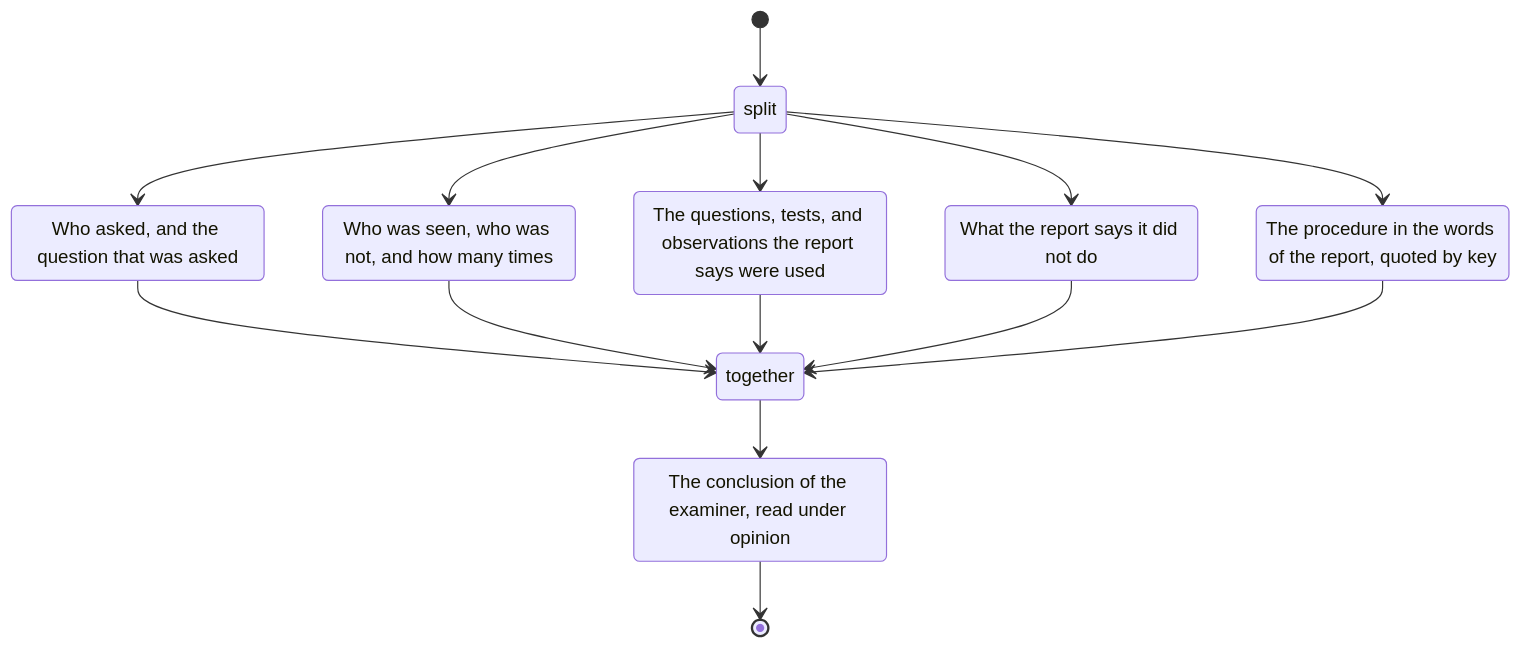
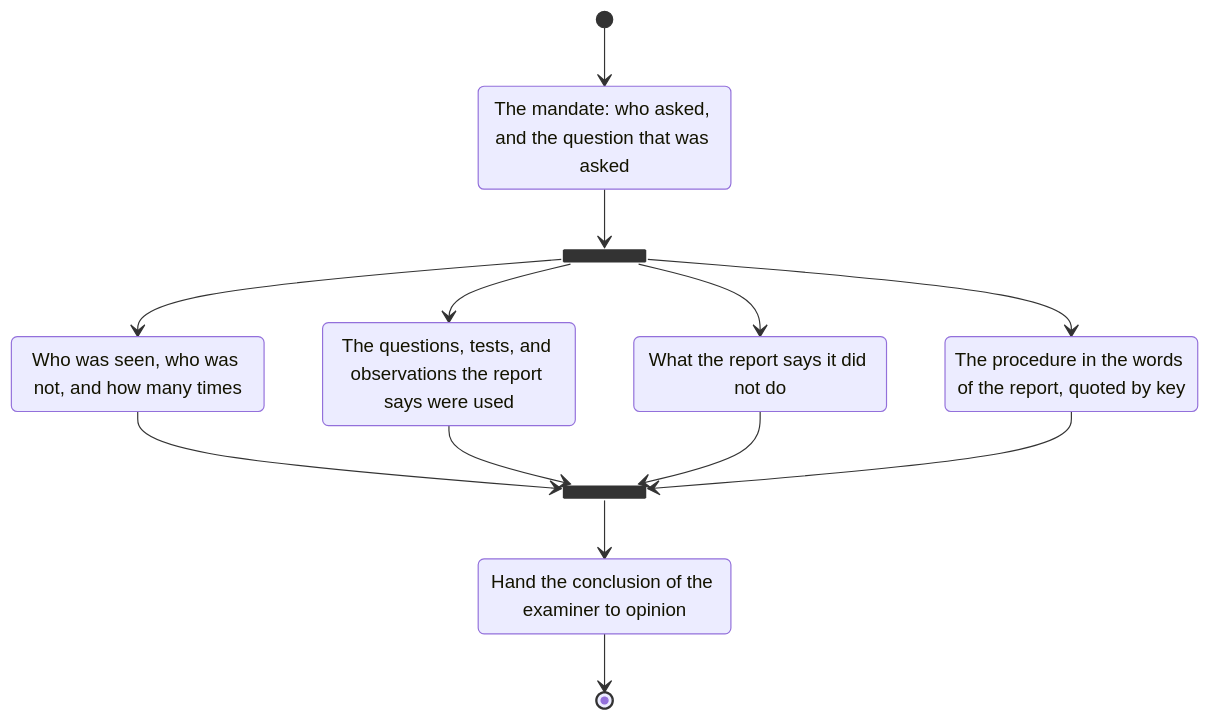
One commit to evidlabel/skills changed the diagram in analysis/psychology/examination/index.md. Above: the diagram before and after it, drawn with Mermaid. The commit also changed 23 other files, not shown here.

````diff
--- a/analysis/psychology/examination/index.md
+++ b/analysis/psychology/examination/index.md
@@ -8,25 +8,24 @@
 ```mermaid
 stateDiagram-v2
-  state "Who asked, and the question that was asked" as Mandate
+  state split <<fork>>
+  state together <<join>>
+  state "The mandate: who asked, and the question that was asked" as Mandate
   state "Who was seen, who was not, and how many times" as Seen
   state "The questions, tests, and observations the report says were used" as Used
   state "What the report says it did not do" as NotDone
   state "The procedure in the words of the report, quoted by key" as Procedure
-  state "The conclusion of the examiner, read under opinion" as Conclusion
+  state "Hand the conclusion of the examiner to opinion" as Conclusion
 
-  [*] --> split
-  state split <<fork>>
-  split --> Mandate
+  [*] --> Mandate
+  Mandate --> split
   split --> Seen
   split --> Used
   split --> NotDone
   split --> Procedure
-  Mandate --> together
   Seen --> together
   Used --> together
   NotDone --> together
   Procedure --> together
-  state together <<join>>
   together --> Conclusion
   Conclusion --> [*]
 ```
````
